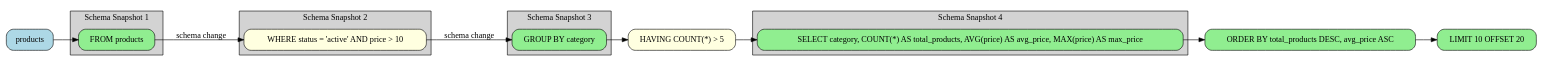
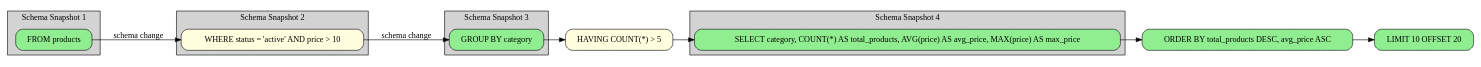
Before and after one commit to rot1024/sqloflow: the diagram in examples/complex_query_schema.dot, drawn with Graphviz. The commit also changed 68 other files, not shown here.

```diff
--- a/examples/complex_query_schema.dot
+++ b/examples/complex_query_schema.dot
@@ -1,47 +1,45 @@
 digraph sqloflow {
   rankdir=LR;
   node [shape=box, style=rounded];
 
   // Schema view with snapshots
-  node_0 [label="products", fillcolor=lightblue, style="filled,rounded"];
-  node_4 [label="HAVING COUNT(*) > 5", fillcolor=lightyellow, style="filled,rounded"];
-  node_6 [label="ORDER BY total_products DESC, avg_price ASC", fillcolor=lightgreen, style="filled,rounded"];
-  node_7 [label="LIMIT 10 OFFSET 20", fillcolor=lightgreen, style="filled,rounded"];
   subgraph cluster_0 {
     label="Schema Snapshot 1";
     style=filled;
     fillcolor=lightgray;
     // Relations: products
-    node_1 [label="FROM products", fillcolor=lightgreen, style="filled,rounded"];
+    node_0 [label="FROM products", fillcolor=lightgreen, style="filled,rounded"];
   }
   subgraph cluster_1 {
     label="Schema Snapshot 2";
     style=filled;
     fillcolor=lightgray;
     // Relations: products
-    node_2 [label="WHERE status = 'active' AND price > 10", fillcolor=lightyellow, style="filled,rounded"];
+    node_1 [label="WHERE status = 'active' AND price > 10", fillcolor=lightyellow, style="filled,rounded"];
   }
   subgraph cluster_2 {
     label="Schema Snapshot 3";
     style=filled;
     fillcolor=lightgray;
     // Relations: _grouped
-    node_3 [label="GROUP BY category", fillcolor=lightgreen, style="filled,rounded"];
+    node_2 [label="GROUP BY category", fillcolor=lightgreen, style="filled,rounded"];
   }
+  node_3 [label="HAVING COUNT(*) > 5", fillcolor=lightyellow, style="filled,rounded"];
+  node_5 [label="ORDER BY total_products DESC, avg_price ASC", fillcolor=lightgreen, style="filled,rounded"];
+  node_6 [label="LIMIT 10 OFFSET 20", fillcolor=lightgreen, style="filled,rounded"];
   subgraph cluster_3 {
     label="Schema Snapshot 4";
     style=filled;
     fillcolor=lightgray;
     // Relations: _result
-    node_5 [label="SELECT category, COUNT(*) AS total_products, AVG(price) AS avg_price, MAX(price) AS max_price", fillcolor=lightgreen, style="filled,rounded"];
+    node_4 [label="SELECT category, COUNT(*) AS total_products, AVG(price) AS avg_price, MAX(price) AS max_price", fillcolor=lightgreen, style="filled,rounded"];
   }
 
   // Schema transformation edges
-  node_0 -> node_1 [color=black];
+  node_0 -> node_1 [color=black, label="schema change"];
   node_1 -> node_2 [color=black, label="schema change"];
-  node_2 -> node_3 [color=black, label="schema change"];
+  node_2 -> node_3 [color=black];
   node_3 -> node_4 [color=black];
   node_4 -> node_5 [color=black];
   node_5 -> node_6 [color=black];
-  node_6 -> node_7 [color=black];
 }
```
